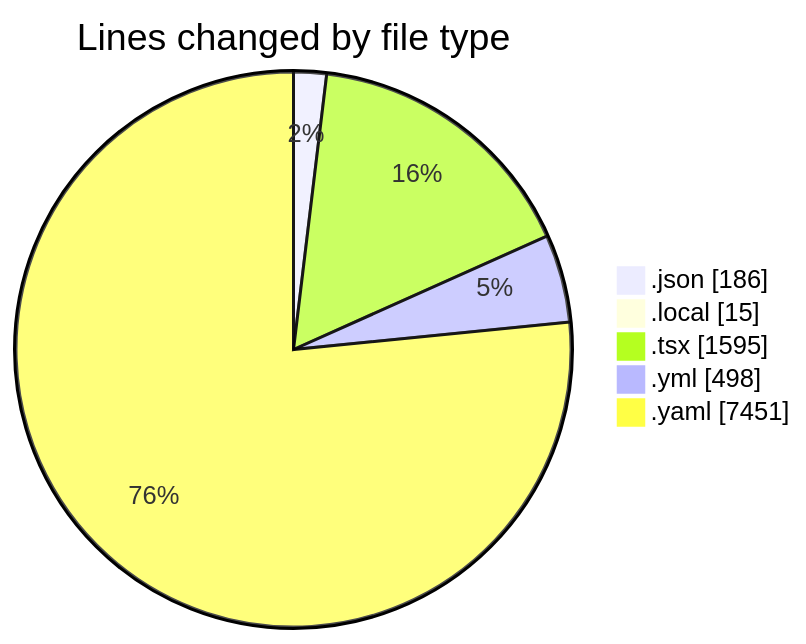
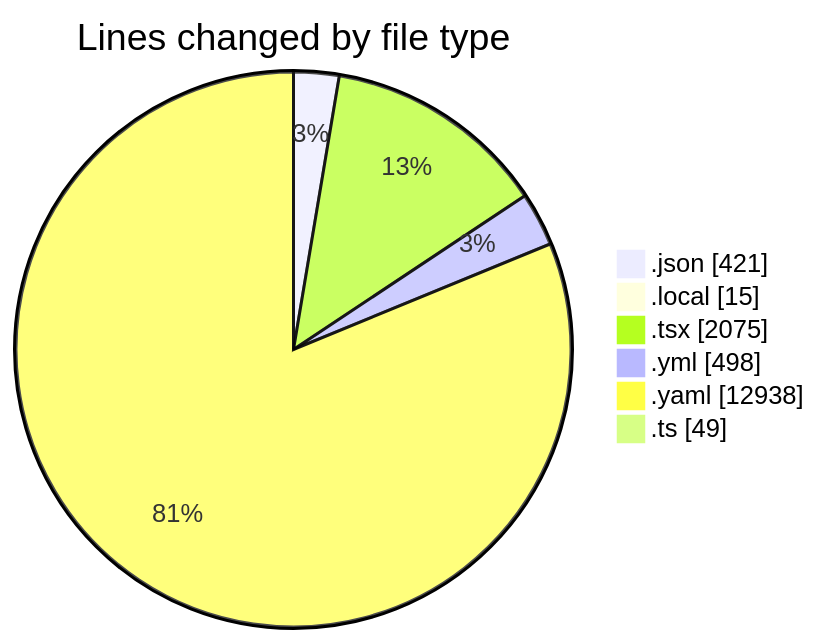
One commit to julien-gomy/code-tracking changed the first of 2 diagrams in 2025-11-05/eventscop-frontend-guide__workspace_/README.md. Above: the diagram before and after it, drawn with Mermaid. The commit also changed other lines of this file and 1 other file, not shown here.

````diff
--- a/2025-11-05/eventscop-frontend-guide__workspace_/README.md
+++ b/2025-11-05/eventscop-frontend-guide__workspace_/README.md
@@ -33,9 +40,10 @@
 ```mermaid
 pie showData
 title Lines changed by file type
-".json" : 186
+".json" : 421
 ".local" : 15
-".tsx" : 1595
+".tsx" : 2075
 ".yml" : 498
-".yaml" : 7451
+".yaml" : 12938
+".ts" : 49
 ```
````
